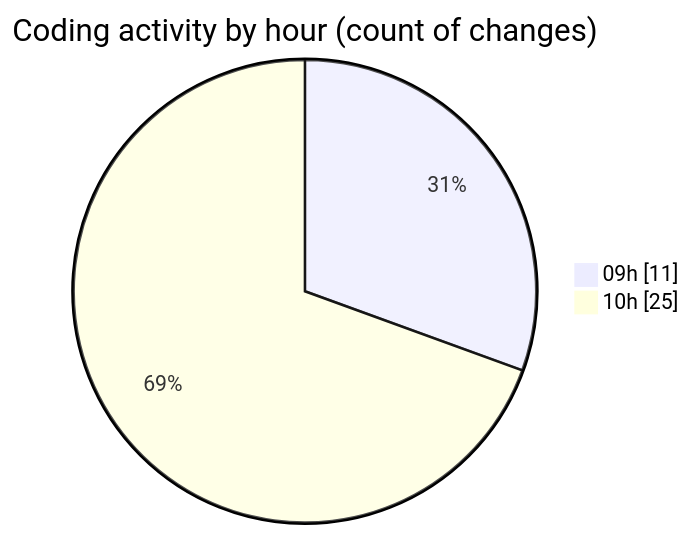
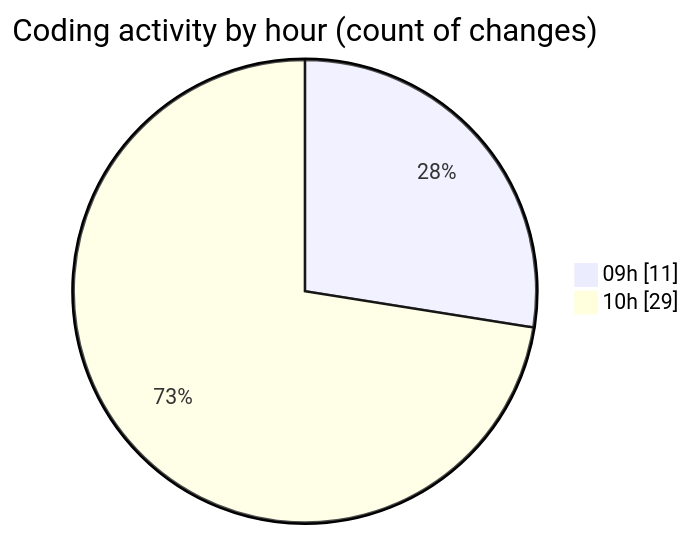
Before and after one commit to CELIANVF/code-tracking: the second of 2 diagrams in 2025-05-27/ecodeli-1/README.md, drawn with Mermaid. The commit also changed other lines of this file and 1 other file, not shown here.

````diff
--- a/2025-05-27/ecodeli-1/README.md
+++ b/2025-05-27/ecodeli-1/README.md
@@ -41,6 +42,6 @@
 ```mermaid
 pie showData
 title Coding activity by hour (count of changes)
 "09h" : 11
-"10h" : 25
+"10h" : 29
 ```
````
